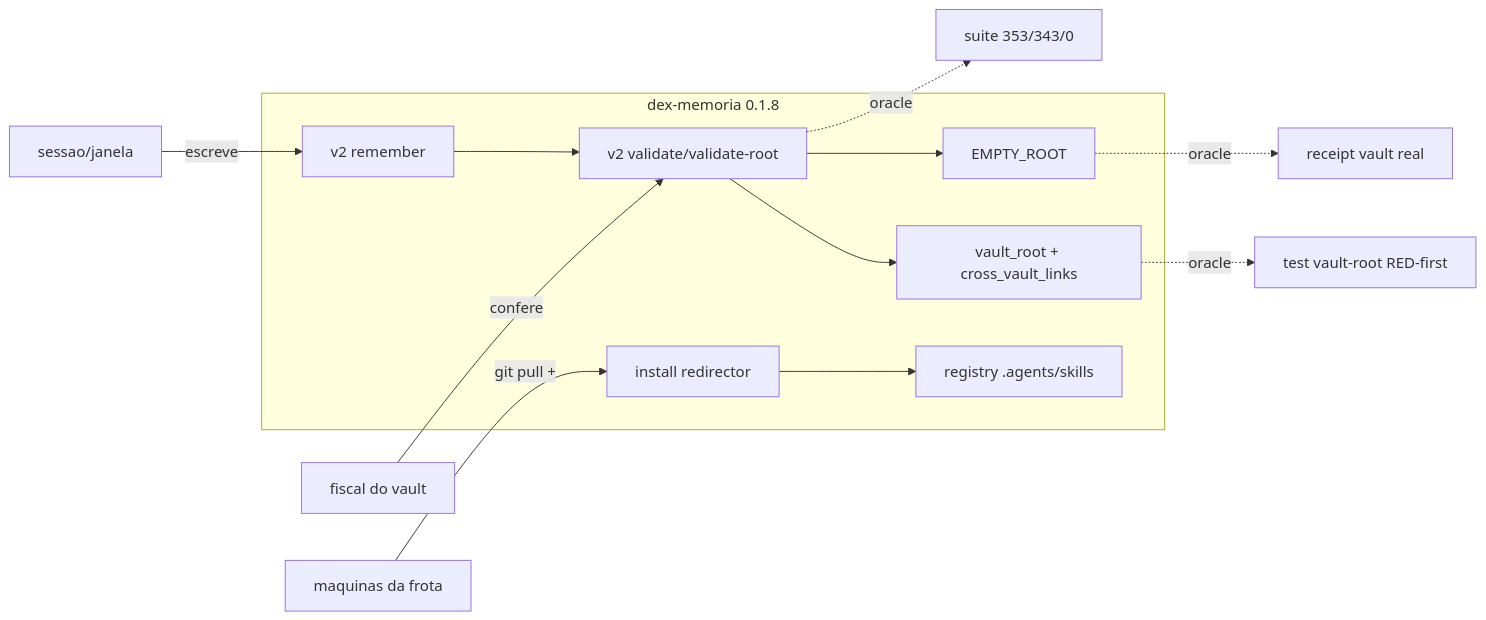
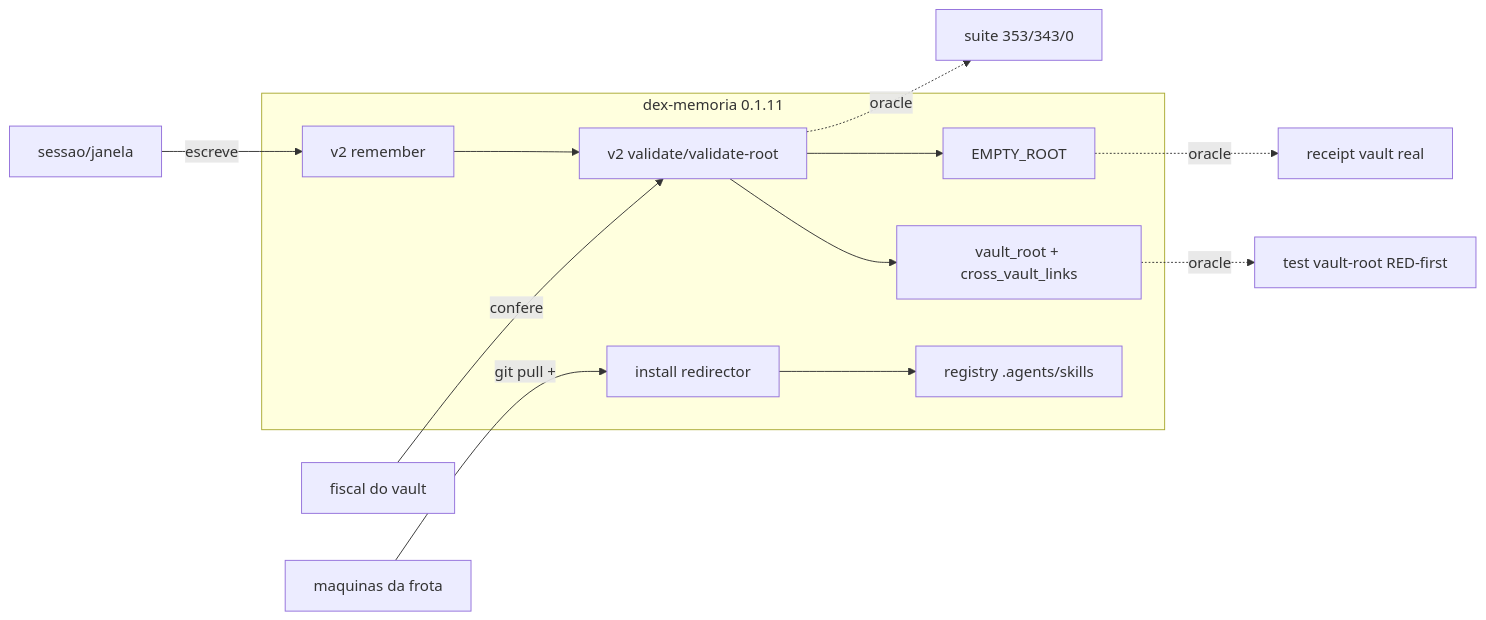
One commit to dex-agent/dex-memoria changed the diagram in CAPACITY.md. Above: the diagram before and after it, drawn with Mermaid. The commit also changed other lines of this file and 10 other files, not shown here.

First line of the commit message:
feat(v2): gate instancia-vs-schema + taxonomia de cura declarada (issue #10) (#11)

````diff
--- a/CAPACITY.md
+++ b/CAPACITY.md
@@ -34,15 +34,15 @@
 ```mermaid
 flowchart LR
-  subgraph pacote[dex-memoria 0.1.8]
+  subgraph pacote[dex-memoria 0.1.11]
     REM[v2 remember] --> VAL[v2 validate/validate-root]
     VAL --> VR[vault_root + cross_vault_links]
     VAL --> ER[EMPTY_ROOT]
     INS[install redirector] --> REG[registry .agents/skills]
   end
   SESS[sessao/janela] -->|escreve| REM
   FISC[fiscal do vault] -->|confere| VAL
   FROTA[maquinas da frota] -->|git pull +| INS
   VAL -.->|oracle| TEST[suite 353/343/0]
   VR -.->|oracle| VRT[test vault-root RED-first]
   ER -.->|oracle| REAL[receipt vault real]
 ```
````
